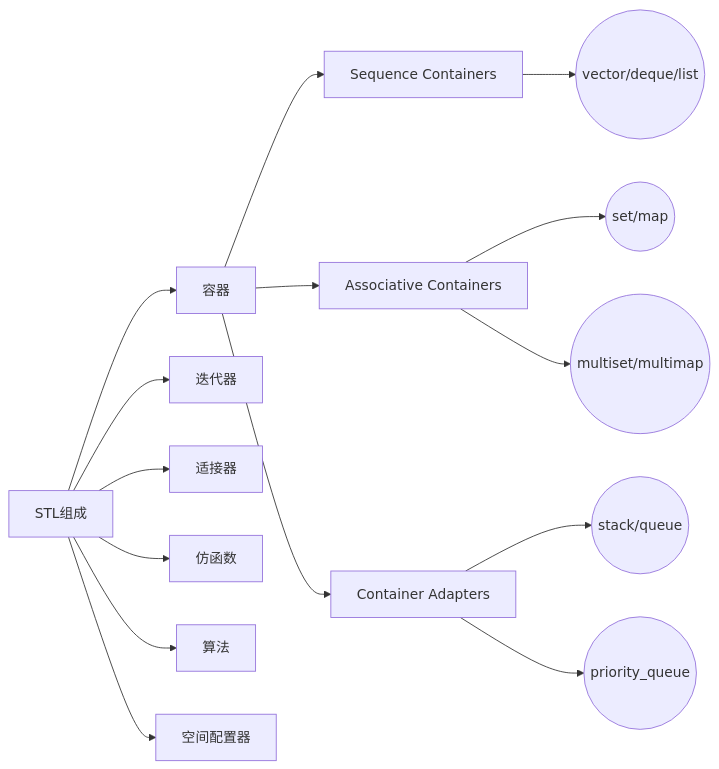
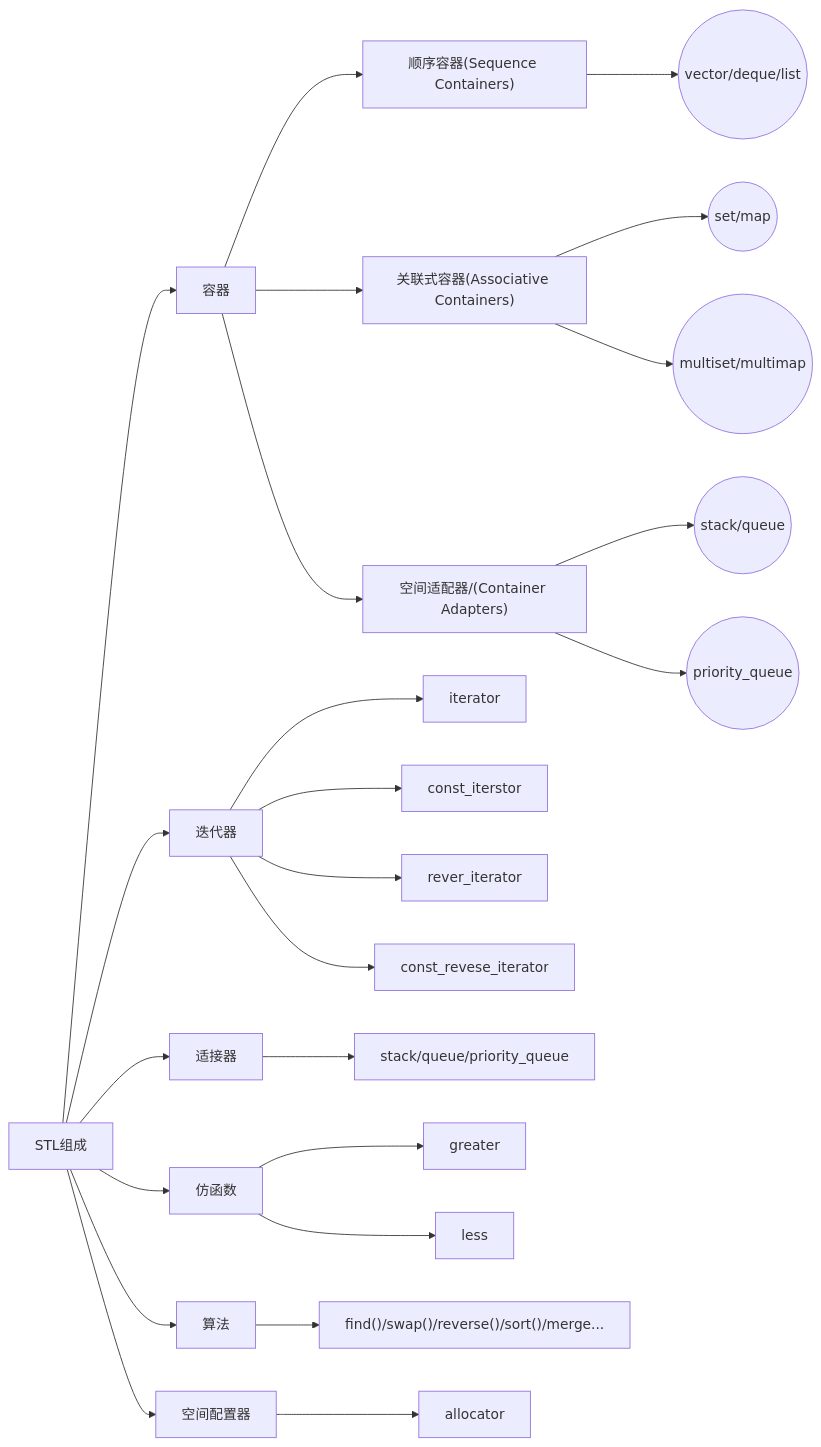
Before and after one commit to xiaogithubooo/LimouLearnNote: the diagram in Cpp_Programming_Language_And_DSA_Note/Cpp编程语言和高阶DSA和STL/初阶语法/008+limou+2023_08_04+C++STL模板库.md, drawn with Mermaid. The commit also changed other lines of this file and 6 other files, not shown here.

````diff
--- a/Cpp_Programming_Language_And_DSA_Note/Cpp编程语言和高阶DSA和STL/初阶语法/008+limou+2023_08_04+C++STL模板库.md
+++ b/Cpp_Programming_Language_And_DSA_Note/Cpp编程语言和高阶DSA和STL/初阶语法/008+limou+2023_08_04+C++STL模板库.md
@@ -26,21 +25,31 @@
 ```mermaid
 graph LR
 A["STL组成"] 
 A --> B["容器"] 
 A --> C["迭代器"]
 A --> D["适接器"]
 A --> E["仿函数"]
 A --> F["算法"]
 A --> G["空间配置器"]
 
-B --> Sequence_Containers[Sequence Containers]
+B --> Sequence_Containers["顺序容器(Sequence Containers)"]
 Sequence_Containers --> vector((vector/deque/list))
 
-B --> Associative_Containers[Associative Containers]
+B --> Associative_Containers["关联式容器(Associative Containers)"]
 Associative_Containers --> set((set/map))
 Associative_Containers --> multiset((multiset/multimap))
 
-B --> Container_Adapters[Container Adapters]
+B --> Container_Adapters["空间适配器/(Container Adapters)"]
 Container_Adapters --> K((stack/queue))
 Container_Adapters --> M((priority_queue))
+
+C --> iterator["iterator"] & const_iterstor["const_iterstor"] & rever_iterator["rever_iterator"] & const_revese_iterator["const_revese_iterator"]
+
+D --> P["stack/queue/priority_queue"]
+
+E --> greater["greater"] & less["less"]
+
+F --> Q["find()/swap()/reverse()/sort()/merge..."]
+
+G --> O[allocator]
 ```
````
